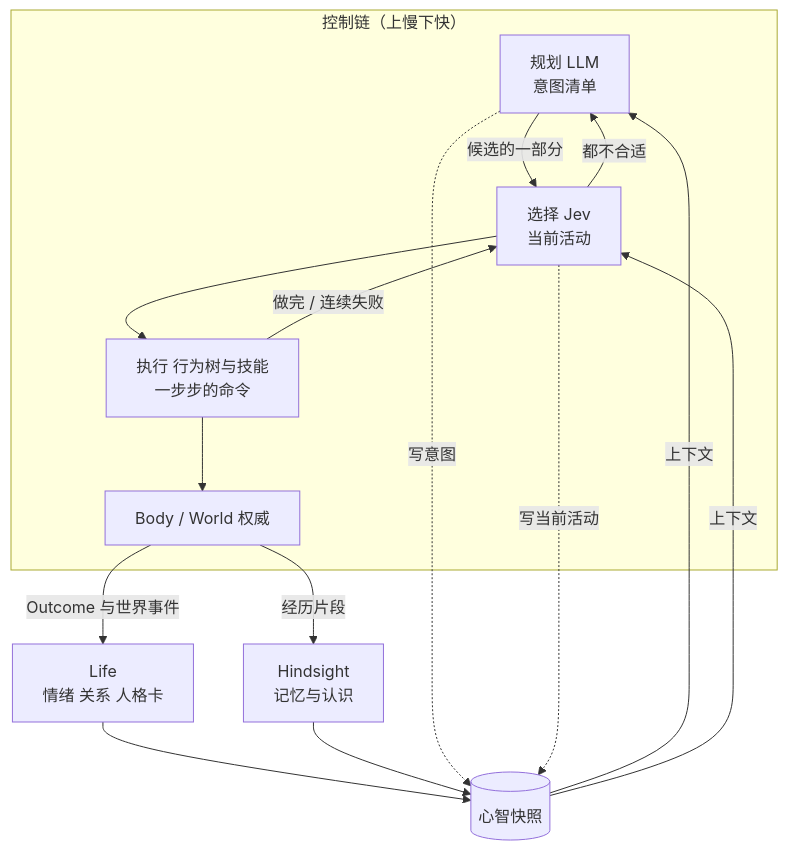
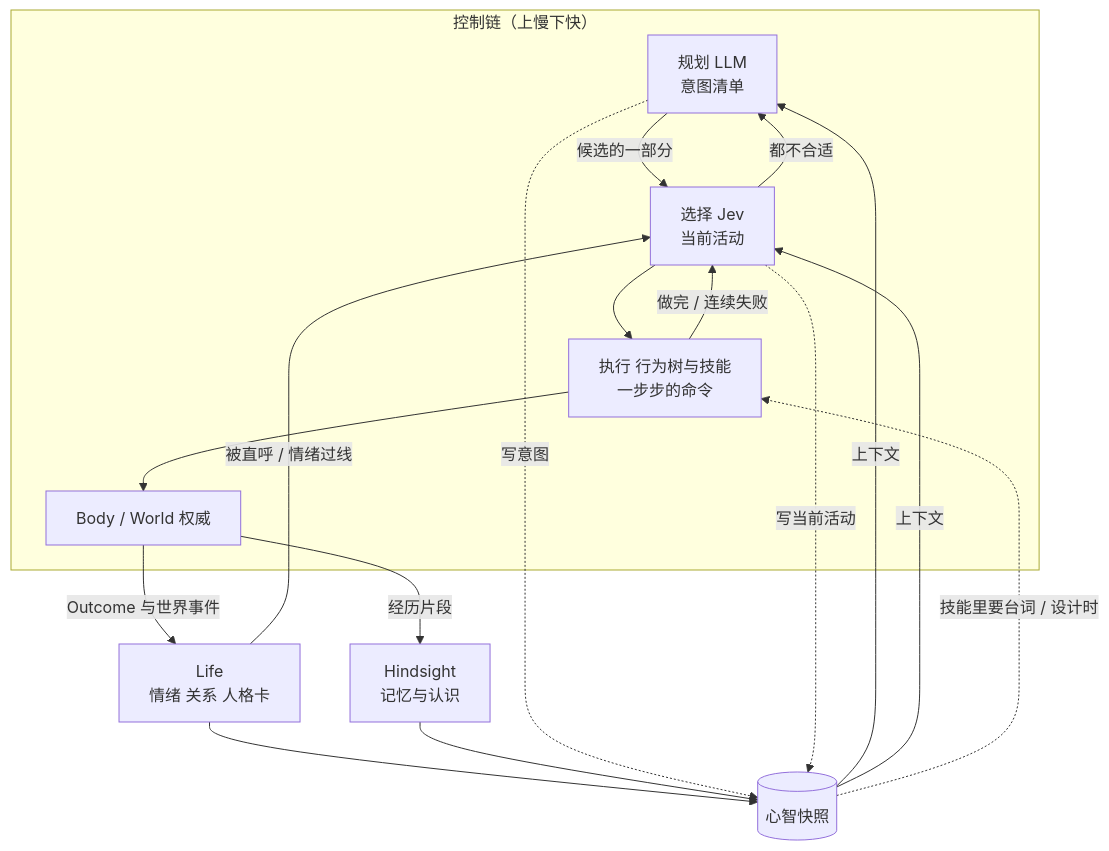
Before and after one commit to dyzdyz010/ex_mmo_cluster: the diagram in docs/10-active/cross-cutting/2026-11-12-npc-architecture-overview.md, drawn with Mermaid. The commit also changed other lines of this file and 2 other files, not shown here.

````diff
--- a/docs/10-active/cross-cutting/2026-11-12-npc-architecture-overview.md
+++ b/docs/10-active/cross-cutting/2026-11-12-npc-architecture-overview.md
@@ -51,18 +71,20 @@
 ```mermaid
 flowchart TB
   subgraph 控制链["控制链（上慢下快）"]
     P[规划 LLM<br/>意图清单] -->|候选的一部分| S[选择 Jev<br/>当前活动]
     S --> T[执行 行为树与技能<br/>一步步的命令]
     T --> B[Body / World 权威]
   end
   B -->|Outcome 与世界事件| L[Life<br/>情绪 关系 人格卡]
   B -->|经历片段| H[Hindsight<br/>记忆与认识]
   L --> M[(心智快照)]
   H --> M
   P -.写意图.-> M
   S -.写当前活动.-> M
   M -->|上下文| P
   M -->|上下文| S
+  M -.技能里要台词 / 设计时.-> T
   T -->|做完 / 连续失败| S
+  L -->|被直呼 / 情绪过线| S
   S -->|都不合适| P
 ```
````
